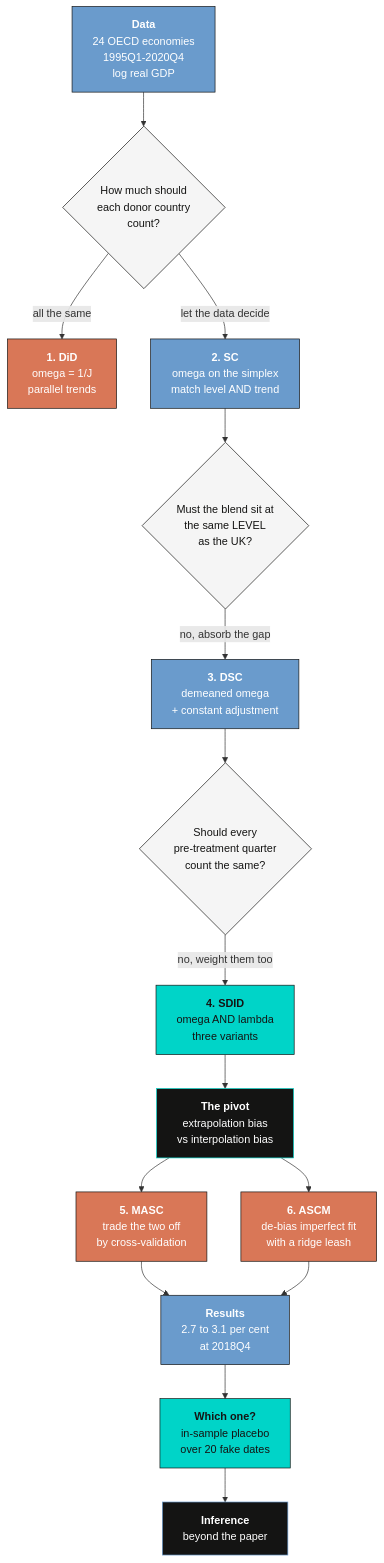
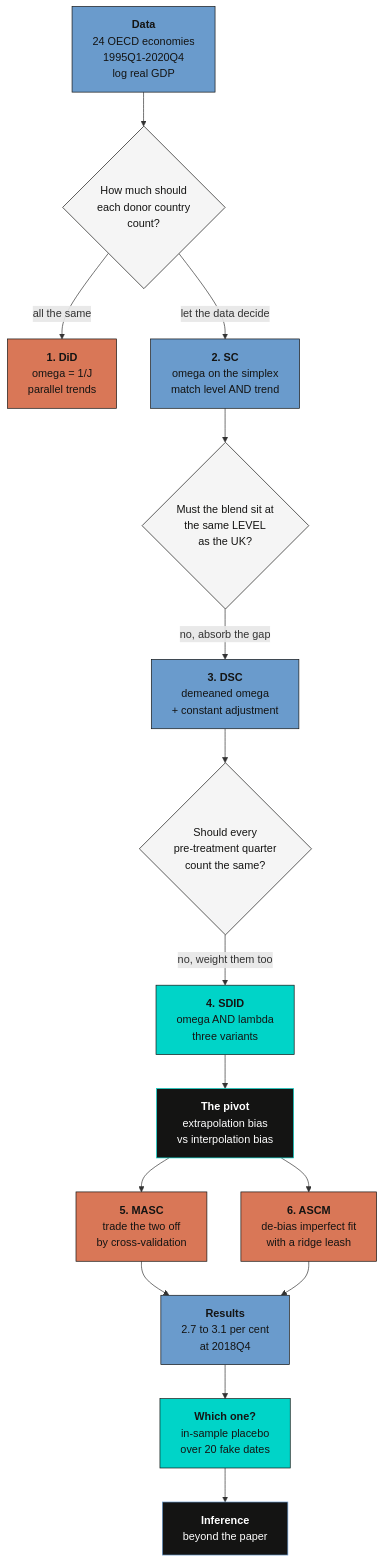
Before and after one commit to cmg777/starter-academic-v501: the first of 4 diagrams in content/post/r_sc_dsc_sdid/index.md, drawn with Mermaid. The commit also changed other lines of this file and 67 other files, not shown here.

First line of the commit message:
fix(mermaid): readable diagram text in both themes across the site

````diff
--- a/content/post/r_sc_dsc_sdid/index.md
+++ b/content/post/r_sc_dsc_sdid/index.md
@@ -122,31 +122,34 @@
 ```mermaid
 flowchart TD
     D["<b>Data</b><br/>24 OECD economies<br/>1995Q1-2020Q4<br/>log real GDP"] --> Q0{"How much should<br/>each donor country<br/>count?"}
     Q0 -->|"all the same"| DID["<b>1. DiD</b><br/>omega = 1/J<br/>parallel trends"]
     Q0 -->|"let the data decide"| SC["<b>2. SC</b><br/>omega on the simplex<br/>match level AND trend"]
     SC --> Q1{"Must the blend sit at<br/>the same LEVEL<br/>as the UK?"}
     Q1 -->|"no, absorb the gap"| DSC["<b>3. DSC</b><br/>demeaned omega<br/>+ constant adjustment"]
     DSC --> Q2{"Should every<br/>pre-treatment quarter<br/>count the same?"}
     Q2 -->|"no, weight them too"| SDID["<b>4. SDID</b><br/>omega AND lambda<br/>three variants"]
     SDID --> BIAS["<b>The pivot</b><br/>extrapolation bias<br/>vs interpolation bias"]
     BIAS --> MASC["<b>5. MASC</b><br/>trade the two off<br/>by cross-validation"]
     BIAS --> ASCM["<b>6. ASCM</b><br/>de-bias imperfect fit<br/>with a ridge leash"]
     MASC --> R["<b>Results</b><br/>2.7 to 3.1 per cent<br/>at 2018Q4"]
     ASCM --> R
     R --> SEL["<b>Which one?</b><br/>in-sample placebo<br/>over 20 fake dates"]
     SEL --> INF["<b>Inference</b><br/>beyond the paper"]
-    style D fill:#6a9bcc,stroke:#141413,color:#fff
-    style Q0 fill:#f5f5f5,stroke:#141413,color:#141413
-    style Q1 fill:#f5f5f5,stroke:#141413,color:#141413
-    style Q2 fill:#f5f5f5,stroke:#141413,color:#141413
-    style DID fill:#d97757,stroke:#141413,color:#fff
-    style SC fill:#6a9bcc,stroke:#141413,color:#fff
-    style DSC fill:#6a9bcc,stroke:#141413,color:#fff
+    style D fill:#6a9bcc,stroke:#141413,color:#141413
+    classDef sty_Q0 fill:#f5f5f5,stroke:#141413,color:#141413
+    class Q0 sty_Q0
+    classDef sty_Q1 fill:#f5f5f5,stroke:#141413,color:#141413
+    class Q1 sty_Q1
+    classDef sty_Q2 fill:#f5f5f5,stroke:#141413,color:#141413
+    class Q2 sty_Q2
+    style DID fill:#d97757,stroke:#141413,color:#141413
+    style SC fill:#6a9bcc,stroke:#141413,color:#141413
+    style DSC fill:#6a9bcc,stroke:#141413,color:#141413
     style SDID fill:#00d4c8,stroke:#141413,color:#141413
     style BIAS fill:#141413,stroke:#00d4c8,color:#fff
-    style MASC fill:#d97757,stroke:#141413,color:#fff
-    style ASCM fill:#d97757,stroke:#141413,color:#fff
-    style R fill:#6a9bcc,stroke:#141413,color:#fff
+    style MASC fill:#d97757,stroke:#141413,color:#141413
+    style ASCM fill:#d97757,stroke:#141413,color:#141413
+    style R fill:#6a9bcc,stroke:#141413,color:#141413
     style SEL fill:#00d4c8,stroke:#141413,color:#141413
     style INF fill:#141413,stroke:#6a9bcc,color:#fff
 ```
````
